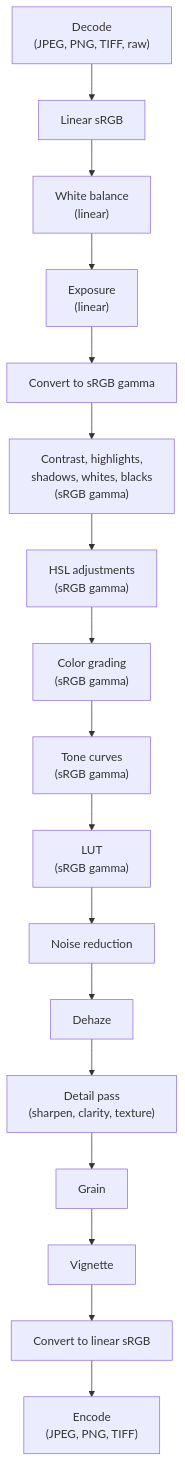
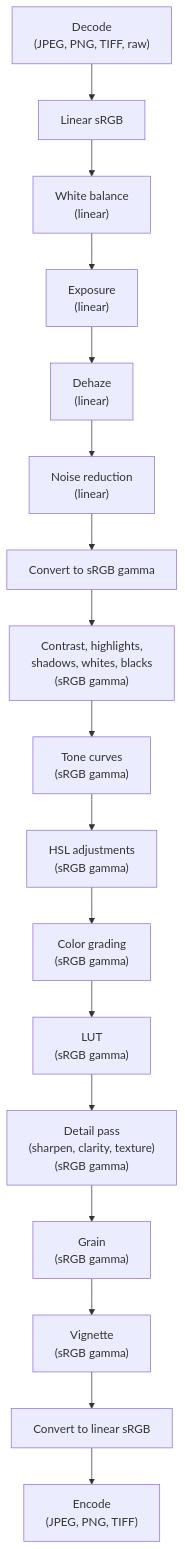
One commit to zhjngli/AgX changed the diagram in docs/book/src/reference/concepts/render-pipeline.md. Above: the diagram before and after it, drawn with Mermaid. The commit also changed other lines of this file and 7 other files, not shown here.

````diff
--- a/docs/book/src/reference/concepts/render-pipeline.md
+++ b/docs/book/src/reference/concepts/render-pipeline.md
@@ -7,37 +7,37 @@
 ```mermaid
 flowchart TD
     Decode["Decode<br/>(JPEG, PNG, TIFF, raw)"]
     LinearEntry["Linear sRGB"]
     WB["White balance<br/>(linear)"]
     Exposure["Exposure<br/>(linear)"]
+    Dehaze["Dehaze<br/>(linear)"]
+    Denoise["Noise reduction<br/>(linear)"]
     LinearToGamma["Convert to sRGB gamma"]
     Tonal["Contrast, highlights,<br/>shadows, whites, blacks<br/>(sRGB gamma)"]
+    ToneCurves["Tone curves<br/>(sRGB gamma)"]
     HSL["HSL adjustments<br/>(sRGB gamma)"]
     ColorGrading["Color grading<br/>(sRGB gamma)"]
-    ToneCurves["Tone curves<br/>(sRGB gamma)"]
     LUT["LUT<br/>(sRGB gamma)"]
-    Detail["Detail pass<br/>(sharpen, clarity, texture)"]
-    Dehaze["Dehaze"]
-    Denoise["Noise reduction"]
-    Grain["Grain"]
-    Vignette["Vignette"]
+    Detail["Detail pass<br/>(sharpen, clarity, texture)<br/>(sRGB gamma)"]
+    Grain["Grain<br/>(sRGB gamma)"]
+    Vignette["Vignette<br/>(sRGB gamma)"]
     GammaToLinear["Convert to linear sRGB"]
     Encode["Encode<br/>(JPEG, PNG, TIFF)"]
 
     Decode --> LinearEntry
     LinearEntry --> WB
     WB --> Exposure
-    Exposure --> LinearToGamma
+    Exposure --> Dehaze
+    Dehaze --> Denoise
+    Denoise --> LinearToGamma
     LinearToGamma --> Tonal
-    Tonal --> HSL
+    Tonal --> ToneCurves
+    ToneCurves --> HSL
     HSL --> ColorGrading
-    ColorGrading --> ToneCurves
-    ToneCurves --> LUT
-    LUT --> Denoise
-    Denoise --> Dehaze
-    Dehaze --> Detail
+    ColorGrading --> LUT
+    LUT --> Detail
     Detail --> Grain
     Grain --> Vignette
     Vignette --> GammaToLinear
     GammaToLinear --> Encode
 ```
````
